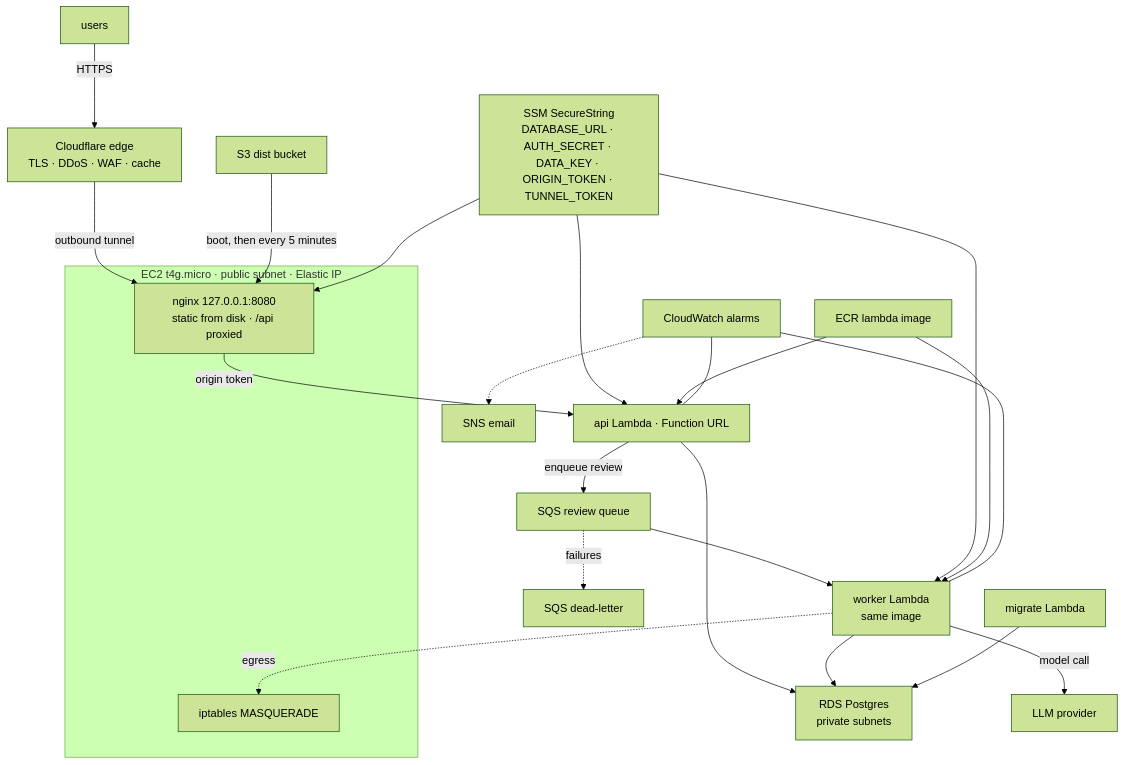
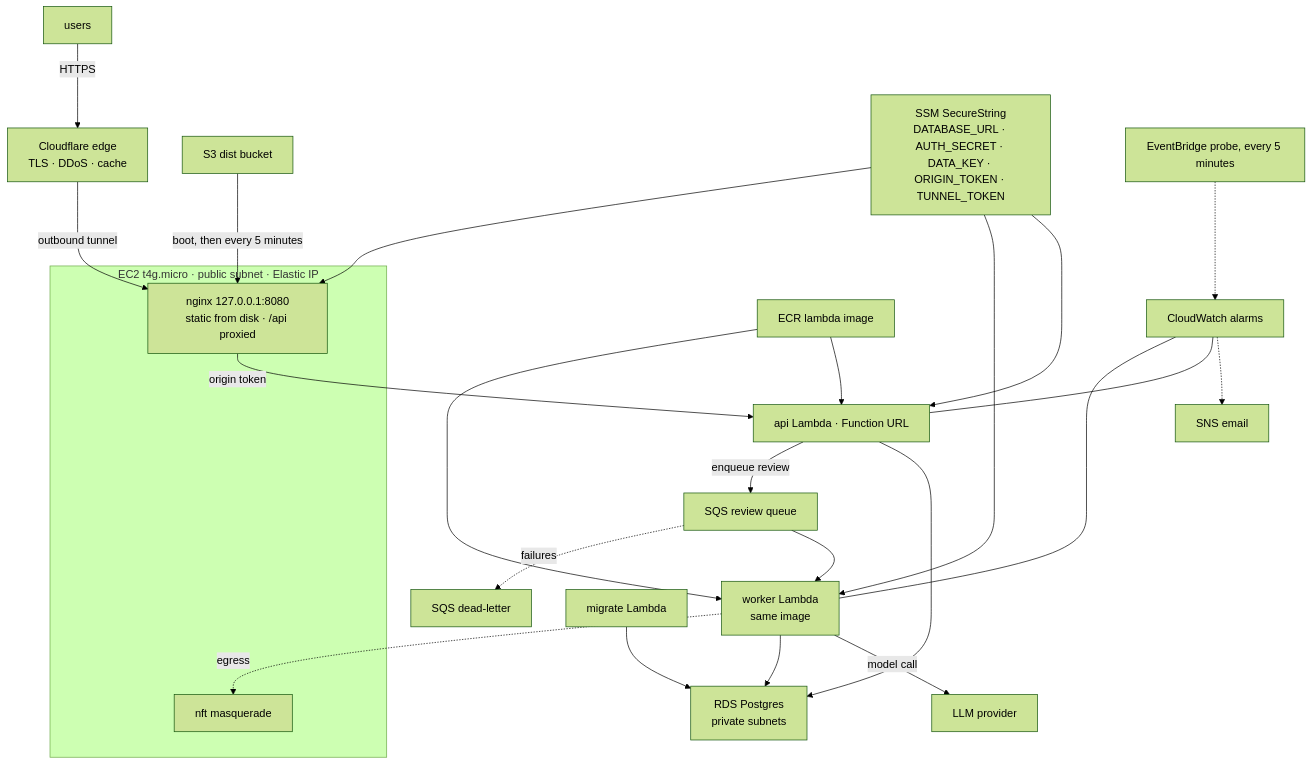
The diagram in AWS.md (notseekeru/sesume), drawn with Mermaid (forest theme) before and after one commit.

Commit message:
docs(aws): describe the edge as built

````diff
--- a/AWS.md
+++ b/AWS.md
@@ -3,29 +3,30 @@
 ```mermaid
 flowchart TD
-  U["users"] -->|HTTPS| CF["Cloudflare edge<br/>TLS · DDoS · WAF · cache"]
+  U["users"] -->|HTTPS| CF["Cloudflare edge<br/>TLS · DDoS · cache"]
   CF -->|outbound tunnel| N
 
   subgraph E["EC2 t4g.micro · public subnet · Elastic IP"]
-    NAT["iptables MASQUERADE"]
+    NAT["nft masquerade"]
     N["nginx 127.0.0.1:8080<br/>static from disk · /api proxied"]
   end
 
   B["S3 dist bucket"] -->|boot, then every 5 minutes| N
   N -->|origin token| A["api Lambda · Function URL"]
   A --> DB["RDS Postgres<br/>private subnets"]
   A -->|enqueue review| Q["SQS review queue"]
   Q --> L["worker Lambda<br/>same image"]
   Q -.->|failures| DLQ["SQS dead-letter"]
   L -->|model call| LLM["LLM provider"]
   L --> DB
   L -.->|egress| NAT
   M["migrate Lambda"] --> DB
   P["SSM SecureString<br/>DATABASE_URL · AUTH_SECRET · DATA_KEY · ORIGIN_TOKEN · TUNNEL_TOKEN"] --> A
   P --> L
   P --> N
   R["ECR lambda image"] --> A
   R --> L
   CW["CloudWatch alarms"] -.-> S["SNS email"]
   CW --- A
   CW --- L
+  PRB["EventBridge probe, every 5 minutes"] -.-> CW
 ```
````
